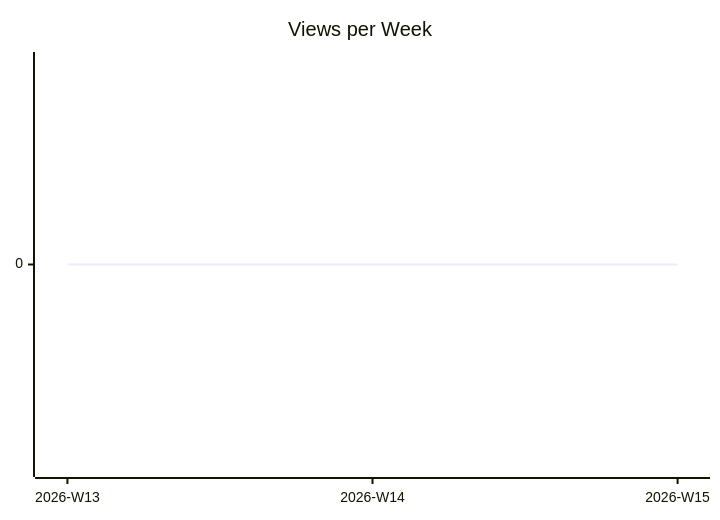
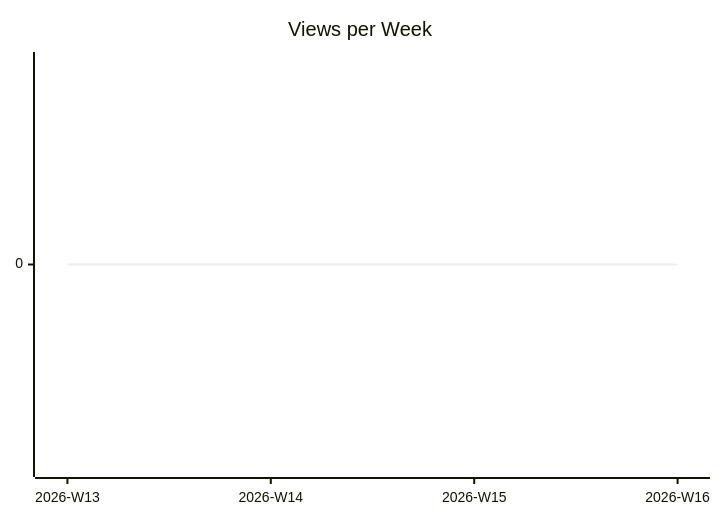
One commit to justdavis-family/github-analytics-data changed the second of 3 diagrams in karlmdavis/ldap-plugin/README.md. Above: the diagram before and after it, drawn with Mermaid. The commit also changed other lines of this file and 173 other files, not shown here.

````diff
--- a/karlmdavis/ldap-plugin/README.md
+++ b/karlmdavis/ldap-plugin/README.md
@@ -12,6 +12,6 @@
 ```mermaid
 xychart-beta
   title "Views per Week"
-  x-axis ["2026-W13", "2026-W14", "2026-W15"]
-  line [0, 0, 0]
+  x-axis ["2026-W13", "2026-W14", "2026-W15", "2026-W16"]
+  line [0, 0, 0, 0]
 ```
````
